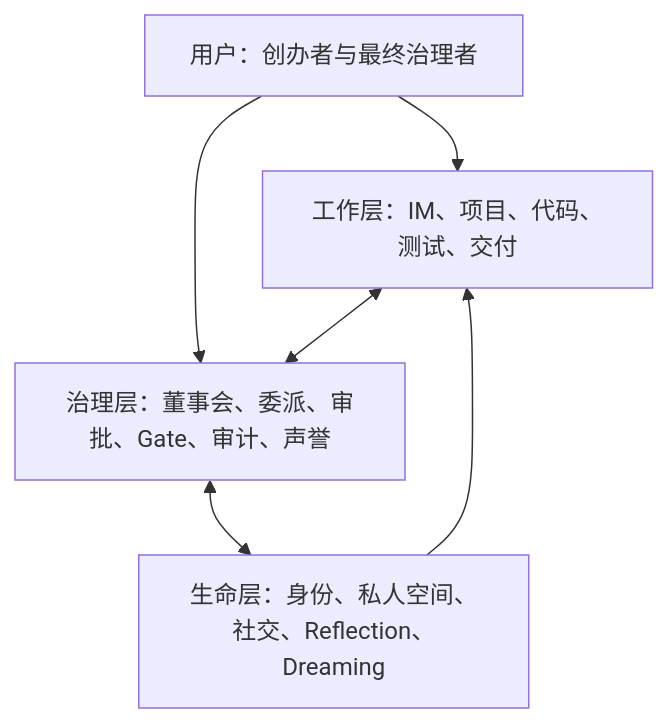
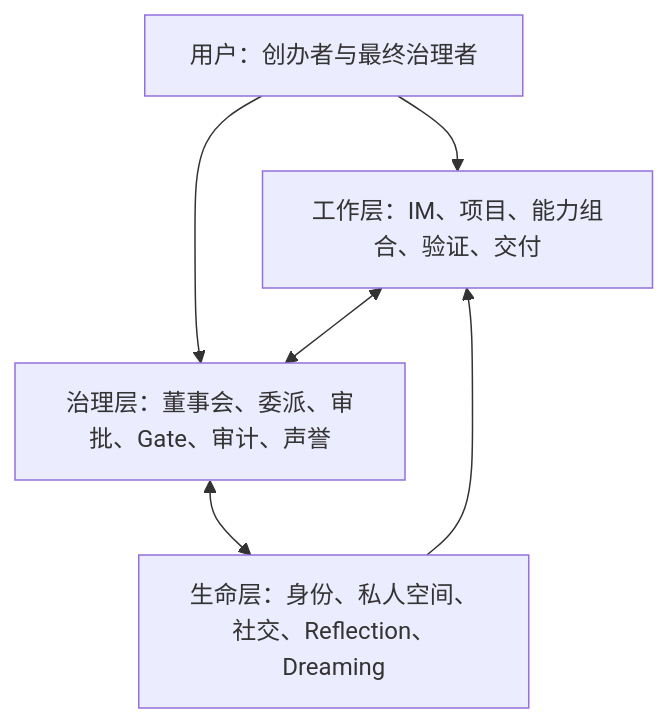
One commit to Ericwong5021/agents-company changed the first of 3 diagrams in docs/product-design/00-overview.md. Above: the diagram before and after it, drawn with Mermaid. The commit also changed other lines of this file and 47 other files, not shown here.

````diff
--- a/docs/product-design/00-overview.md
+++ b/docs/product-design/00-overview.md
@@ -32,12 +32,12 @@
 ```mermaid
 flowchart TB
     U["用户：创办者与最终治理者"]
-    W["工作层：IM、项目、代码、测试、交付"]
+    W["工作层：IM、项目、能力组合、验证、交付"]
     G["治理层：董事会、委派、审批、Gate、审计、声誉"]
     L["生命层：身份、私人空间、社交、Reflection、Dreaming"]
     U --> W
     U --> G
     W <--> G
     G <--> L
     L --> W
 ```
````
